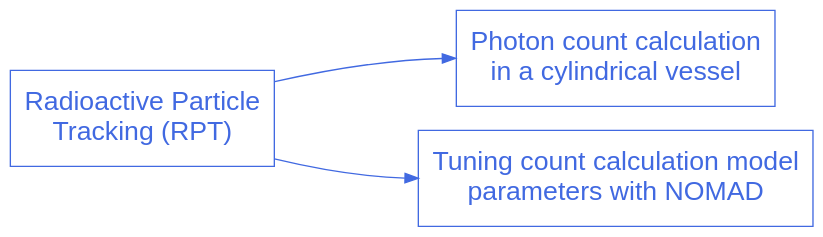
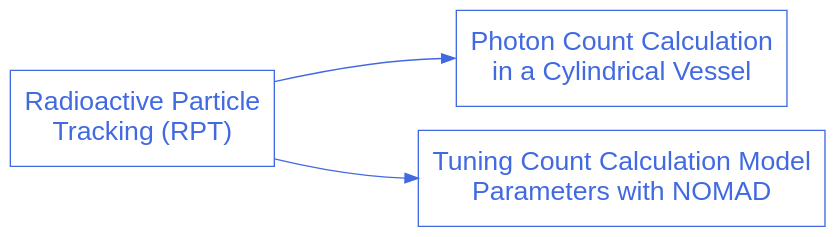
The diagram in doc/source/examples/rpt/rpt.rst (chaos-polymtl/lethe), drawn with Graphviz before and after one commit. The commit also changed 88 other files, not shown here.

```diff
--- a/doc/source/examples/rpt/rpt.rst
+++ b/doc/source/examples/rpt/rpt.rst
@@ -13,18 +13,18 @@
 .. graphviz:: 
 
     digraph rpt_diagram {
       graph [bgcolor="transparent", align=true, ranksep=1.5];
       node [fontname=Arial, fontsize=20, shape=box, fontcolor=royalblue, color=royalblue, height=1];
       edge [color=royalblue];
       rankdir="LR";
       size = "9,9";
 
       rpt [label="Radioactive Particle \nTracking (RPT)", href="https://lethe-cfd.github.io/lethe/examples/rpt/rpt.html"];
 
-      rpt_1 [label="Photon count calculation \nin a cylindrical vessel", href="https://lethe-cfd.github.io/lethe/examples/rpt/photon-count-calculation-in-a-cylindrical-vessel/photon-count-calculation-in-a-cylindrical-vessel.html", tooltip="Photon count calculation in a cylindrical vessel"]; 
+      rpt_1 [label="Photon Count Calculation \nin a Cylindrical Vessel", href="https://lethe-cfd.github.io/lethe/examples/rpt/photon-count-calculation-in-a-cylindrical-vessel/photon-count-calculation-in-a-cylindrical-vessel.html", tooltip="Photon count calculation in a cylindrical vessel"];
 
-      rpt_2 [label="Tuning count calculation model \nparameters with NOMAD", href="https://lethe-cfd.github.io/lethe/examples/rpt/tuning-parameters-with-nomad/tuning-parameters-with-nomad.html", tooltip="Tuning count calculation model parameters with NOMAD"]; 
+      rpt_2 [label="Tuning Count Calculation Model \nParameters with NOMAD", href="https://lethe-cfd.github.io/lethe/examples/rpt/tuning-parameters-with-nomad/tuning-parameters-with-nomad.html", tooltip="Tuning count calculation model parameters with NOMAD"];
 
       rpt -> rpt_1:w;
       rpt -> rpt_2:w;  
     }
```
